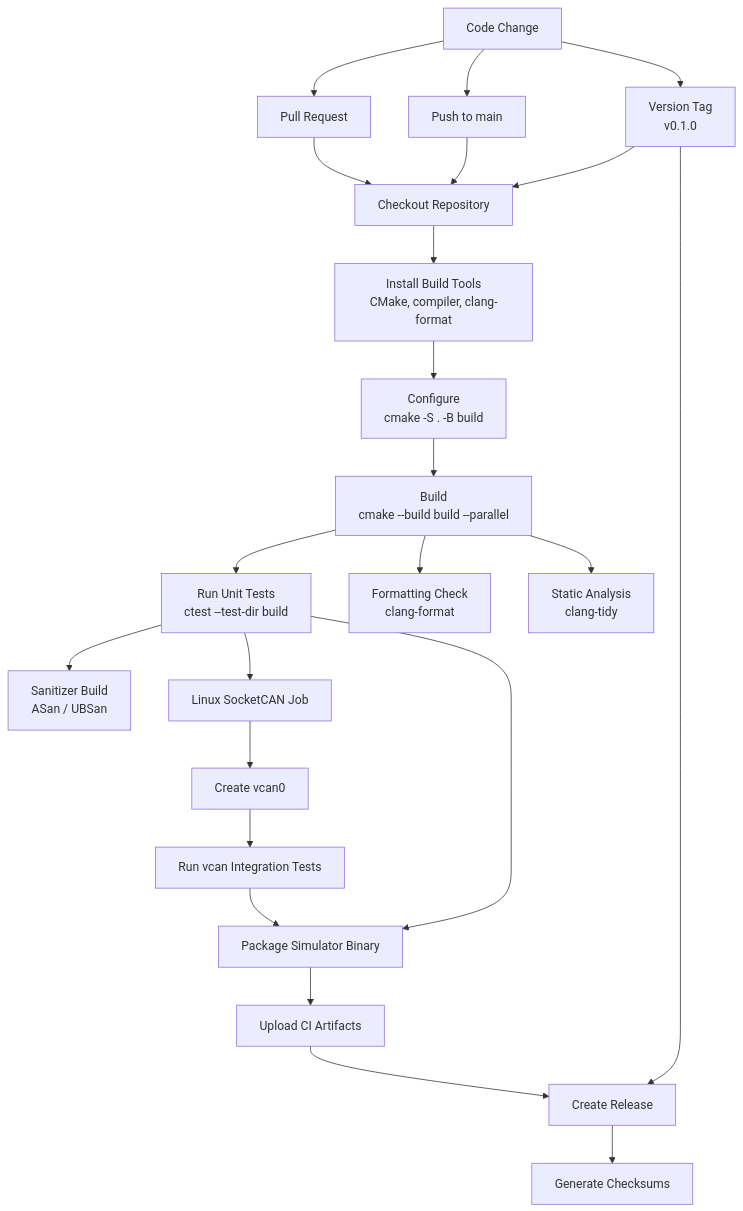
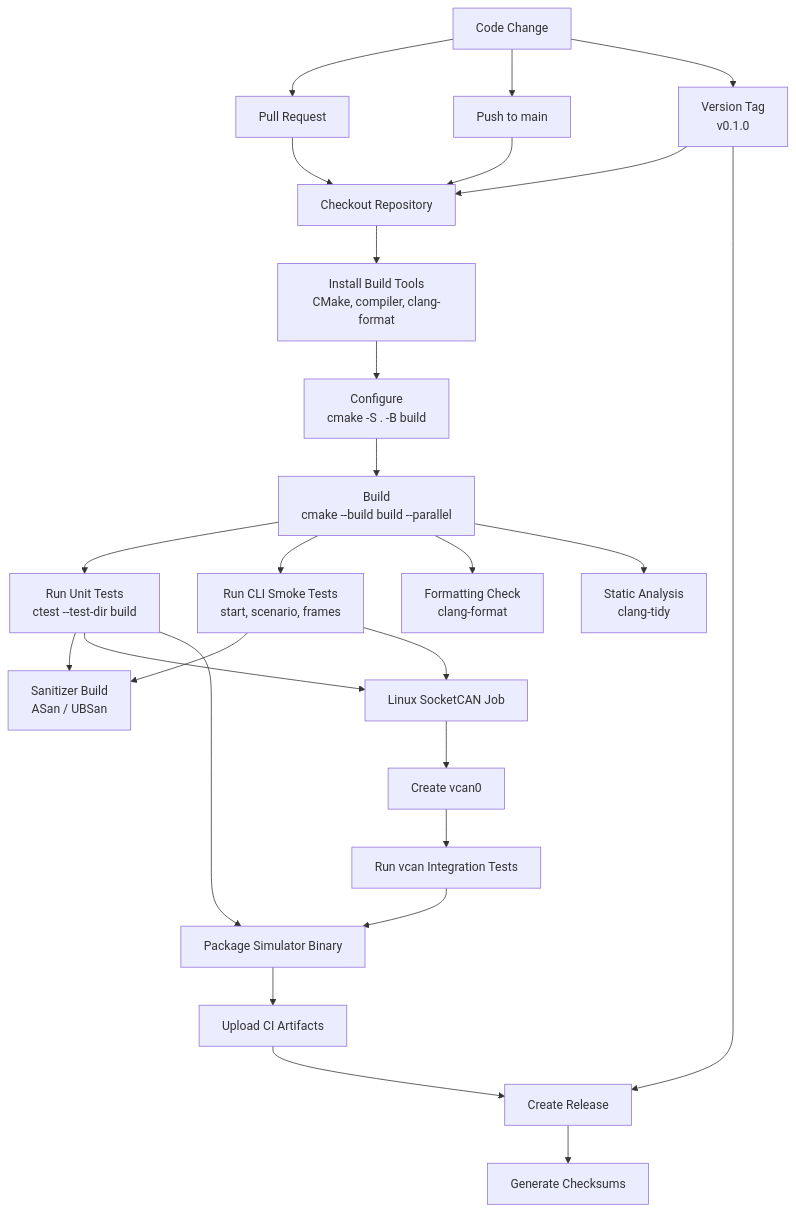
The third of 3 diagrams in docs/plannedArchitectures/architecture-diagrams.md (theoavgitidis/CanSimulatorCICD), drawn with Mermaid before and after one commit. The commit also changed other lines of this file and 15 other files, not shown here.

````diff
--- a/docs/plannedArchitectures/architecture-diagrams.md
+++ b/docs/plannedArchitectures/architecture-diagrams.md
@@ -185,53 +196,57 @@
 ```mermaid
 flowchart TD
     change["Code Change"]
     pr["Pull Request"]
     main["Push to main"]
     tag["Version Tag<br/>v0.1.0"]
 
     checkout["Checkout Repository"]
     tools["Install Build Tools<br/>CMake, compiler, clang-format"]
     configure["Configure<br/>cmake -S . -B build"]
     build["Build<br/>cmake --build build --parallel"]
     unit["Run Unit Tests<br/>ctest --test-dir build"]
+    cliSmoke["Run CLI Smoke Tests<br/>start, scenario, frames"]
     format["Formatting Check<br/>clang-format"]
     static["Static Analysis<br/>clang-tidy"]
     sanitizer["Sanitizer Build<br/>ASan / UBSan"]
 
     linuxOnly["Linux SocketCAN Job"]
     vcanSetup["Create vcan0"]
     integration["Run vcan Integration Tests"]
 
     package["Package Simulator Binary"]
     artifacts["Upload CI Artifacts"]
     release["Create Release"]
     checksums["Generate Checksums"]
 
     change --> pr
     change --> main
     change --> tag
 
     pr --> checkout
     main --> checkout
     tag --> checkout
 
     checkout --> tools
     tools --> configure
     configure --> build
     build --> unit
+    build --> cliSmoke
     build --> format
     build --> static
     unit --> sanitizer
+    cliSmoke --> sanitizer
 
     unit --> linuxOnly
+    cliSmoke --> linuxOnly
     linuxOnly --> vcanSetup
     vcanSetup --> integration
 
     unit --> package
     integration --> package
     package --> artifacts
 
     tag --> release
     artifacts --> release
     release --> checksums
 ```
````
